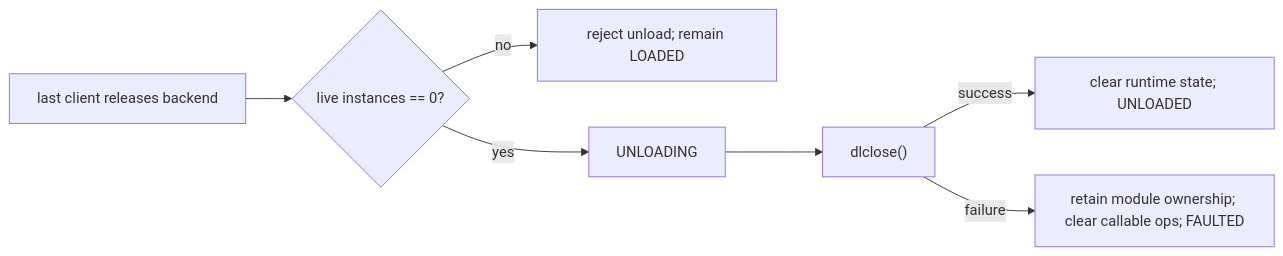
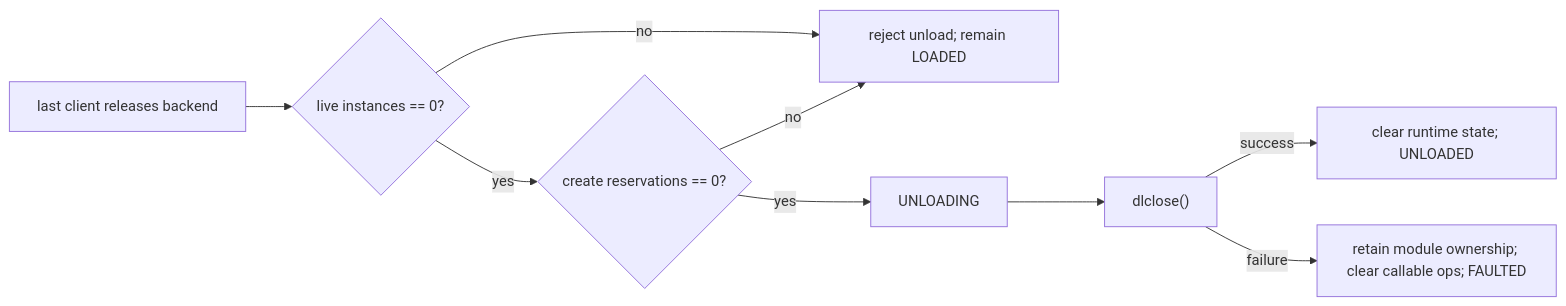
The second of 3 diagrams in docs/architecture/runtime-flows.md (tungnhs2014/camstream-control), drawn with Mermaid before and after one commit. The commit also changed other lines of this file and 35 other files, not shown here.

Commit message:
feat(camera): complete Stage 8.5 HAL architecture and V4L2 phase 1

````diff
--- a/docs/architecture/runtime-flows.md
+++ b/docs/architecture/runtime-flows.md
@@ -36,9 +36,11 @@
 ```mermaid
 flowchart LR
     Last["last client releases backend"] --> Live{"live instances == 0?"}
     Live -->|no| Reject["reject unload; remain LOADED"]
-    Live -->|yes| Unloading["UNLOADING"]
+    Live -->|yes| Creates{"create reservations == 0?"}
+    Creates -->|no| Reject
+    Creates -->|yes| Unloading["UNLOADING"]
     Unloading --> Close["dlclose()"]
     Close -->|success| Unloaded["clear runtime state; UNLOADED"]
     Close -->|failure| Faulted["retain module ownership; clear callable ops; FAULTED"]
 ```
````
